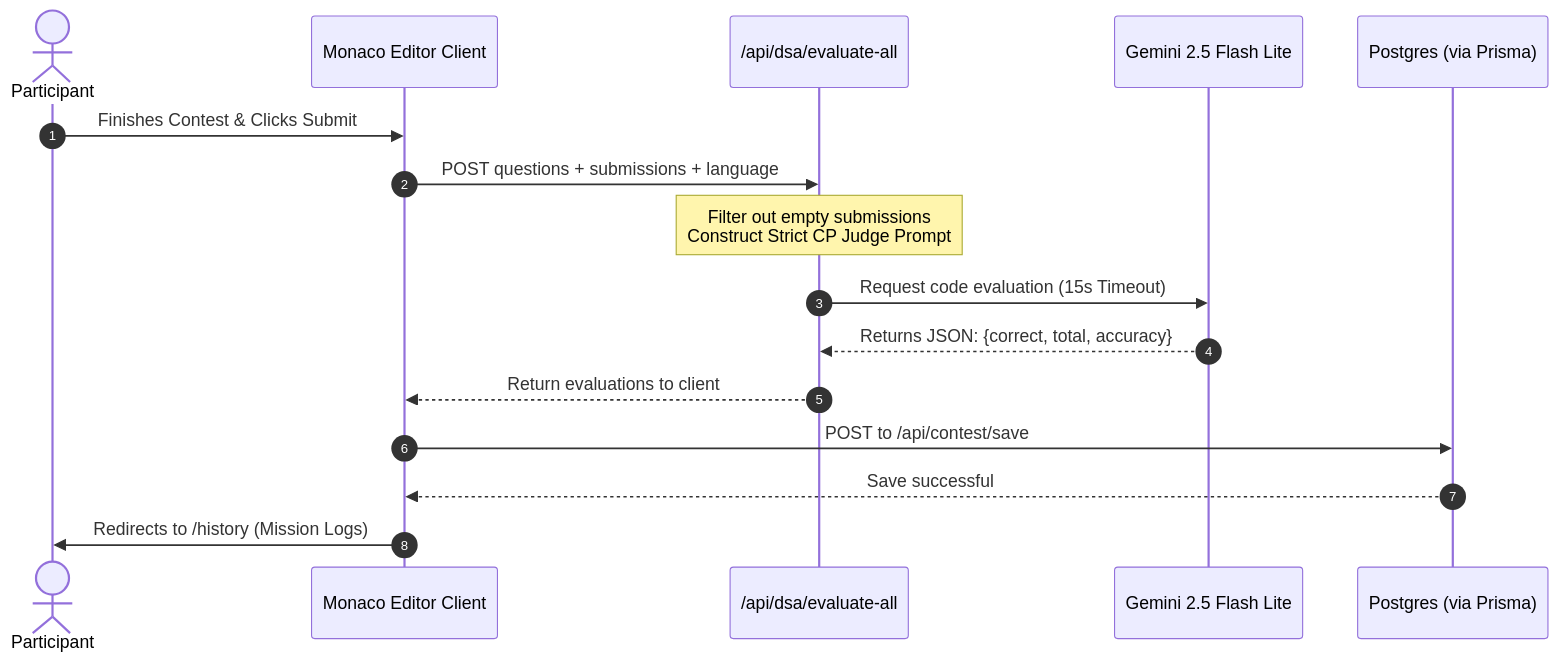
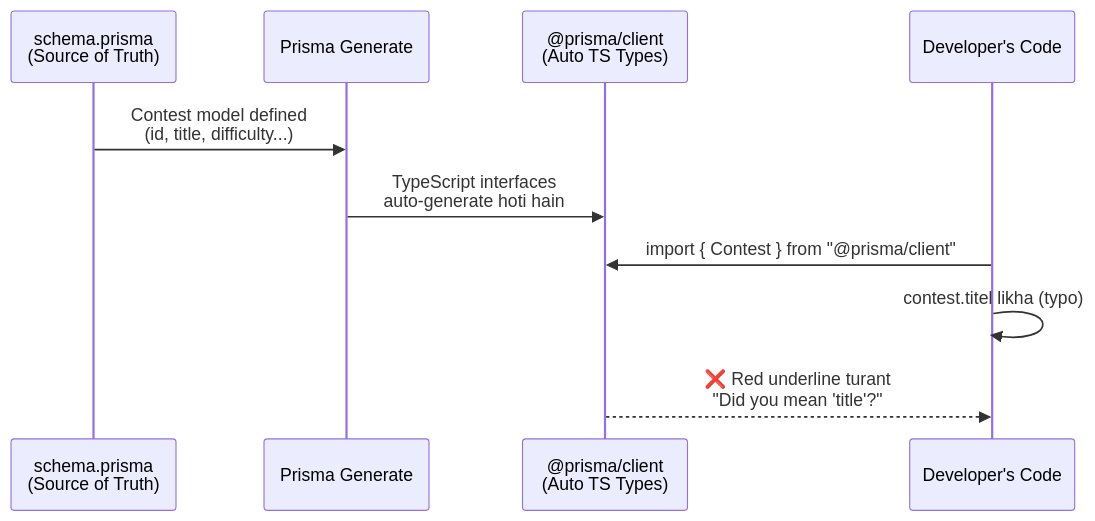
The third of 10 diagrams in README.md (DevSars24/codeify), drawn with Mermaid before and after one commit. The commit also changed other lines of this file, not shown here.

````diff
--- a/README.md
+++ b/README.md
@@ -134,19 +73,13 @@
 ```mermaid
 sequenceDiagram
-    autonumber
-    actor User as Participant
-    participant FE as Monaco Editor Client
-    participant API as /api/dsa/evaluate-all
-    participant Gemini as Gemini 2.5 Flash Lite
-    participant DB as Postgres (via Prisma)
+    participant Schema as schema.prisma<br/>(Source of Truth)
+    participant Prisma as Prisma Generate
+    participant Types as @prisma/client<br/>(Auto TS Types)
+    participant Dev as Developer's Code
 
-    User->>FE: Finishes Contest & Clicks Submit
-    FE->>API: POST questions + submissions + language
-    Note over API: Filter out empty submissions<br/>Construct Strict CP Judge Prompt
-    API->>Gemini: Request code evaluation (15s Timeout)
-    Gemini-->>API: Returns JSON: {correct, total, accuracy}
-    API-->>FE: Return evaluations to client
-    FE->>DB: POST to /api/contest/save
-    DB-->>FE: Save successful
-    FE->>User: Redirects to /history (Mission Logs)
+    Schema->>Prisma: Contest model defined<br/>(id, title, difficulty...)
+    Prisma->>Types: TypeScript interfaces<br/>auto-generate hoti hain
+    Dev->>Types: import { Contest } from "@prisma/client"
+    Dev->>Dev: contest.titel likha (typo)
+    Types-->>Dev: ❌ Red underline turant<br/>"Did you mean 'title'?"
 ```
````
